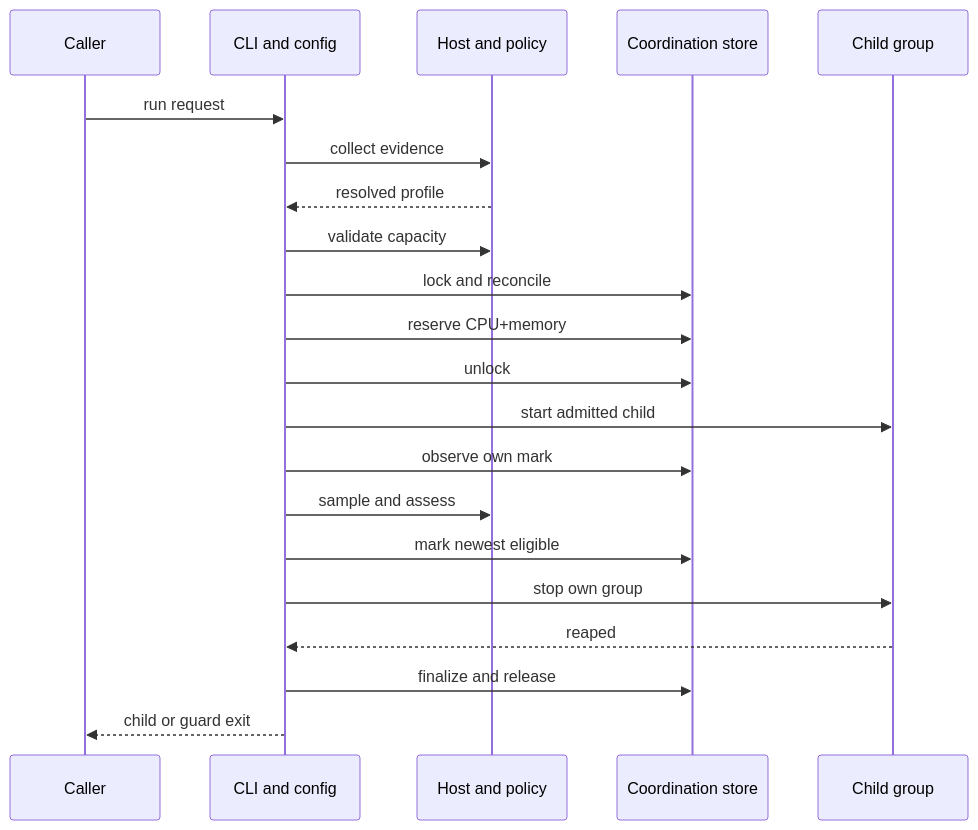
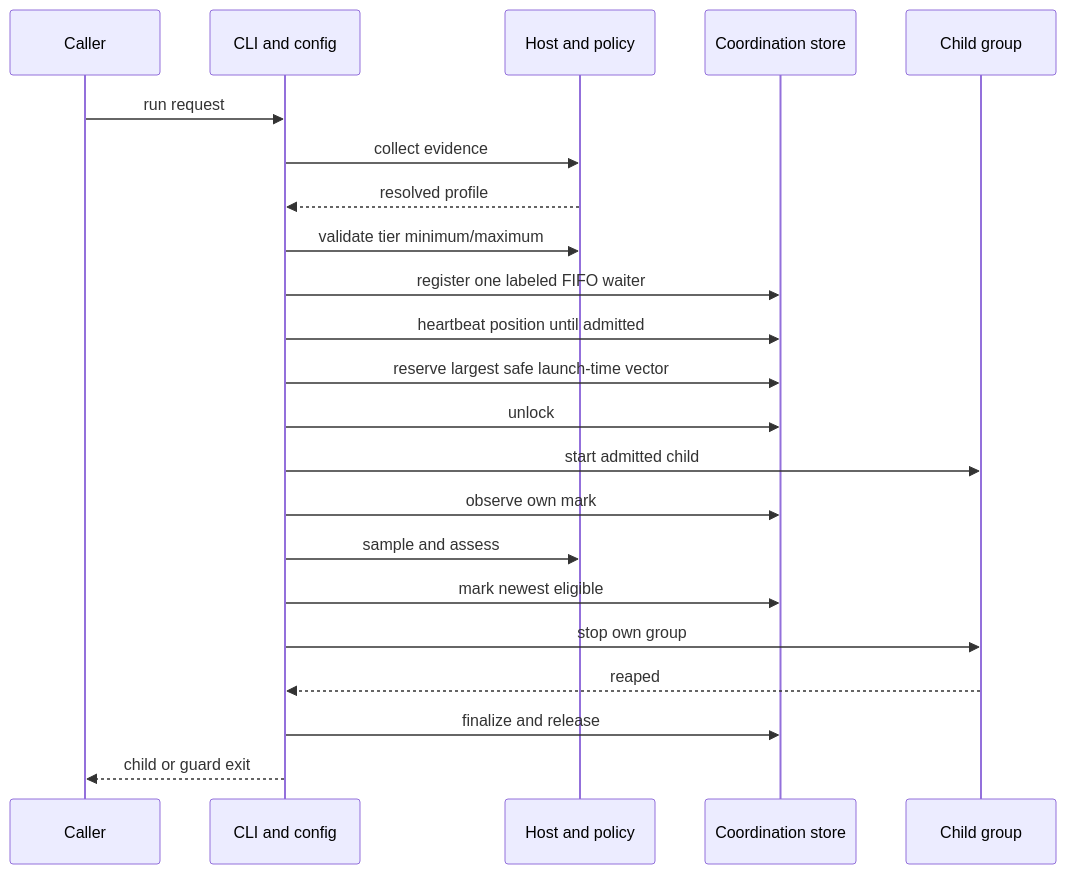
The fourth of 4 diagrams in specs/architecture.md (wahidyankf/hippo), drawn with Mermaid before and after one commit. The commit also changed other lines of this file and 68 other files, not shown here.

````diff
--- a/specs/architecture.md
+++ b/specs/architecture.md
@@ -125,24 +126,25 @@
 ```mermaid
 sequenceDiagram
     participant Caller
     participant CLI as CLI and config
     participant Policy as Host and policy
     participant Store as Coordination store
     participant Child as Child group
 
     Caller->>CLI: run request
     CLI->>Policy: collect evidence
     Policy-->>CLI: resolved profile
-    CLI->>Policy: validate capacity
-    CLI->>Store: lock and reconcile
-    CLI->>Store: reserve CPU+memory
+    CLI->>Policy: validate tier minimum/maximum
+    CLI->>Store: register one labeled FIFO waiter
+    CLI->>Store: heartbeat position until admitted
+    CLI->>Store: reserve largest safe launch-time vector
     CLI->>Store: unlock
     CLI->>Child: start admitted child
     CLI->>Store: observe own mark
     CLI->>Policy: sample and assess
     CLI->>Store: mark newest eligible
     CLI->>Child: stop own group
     Child-->>CLI: reaped
     CLI->>Store: finalize and release
     CLI-->>Caller: child or guard exit
 ```
````
